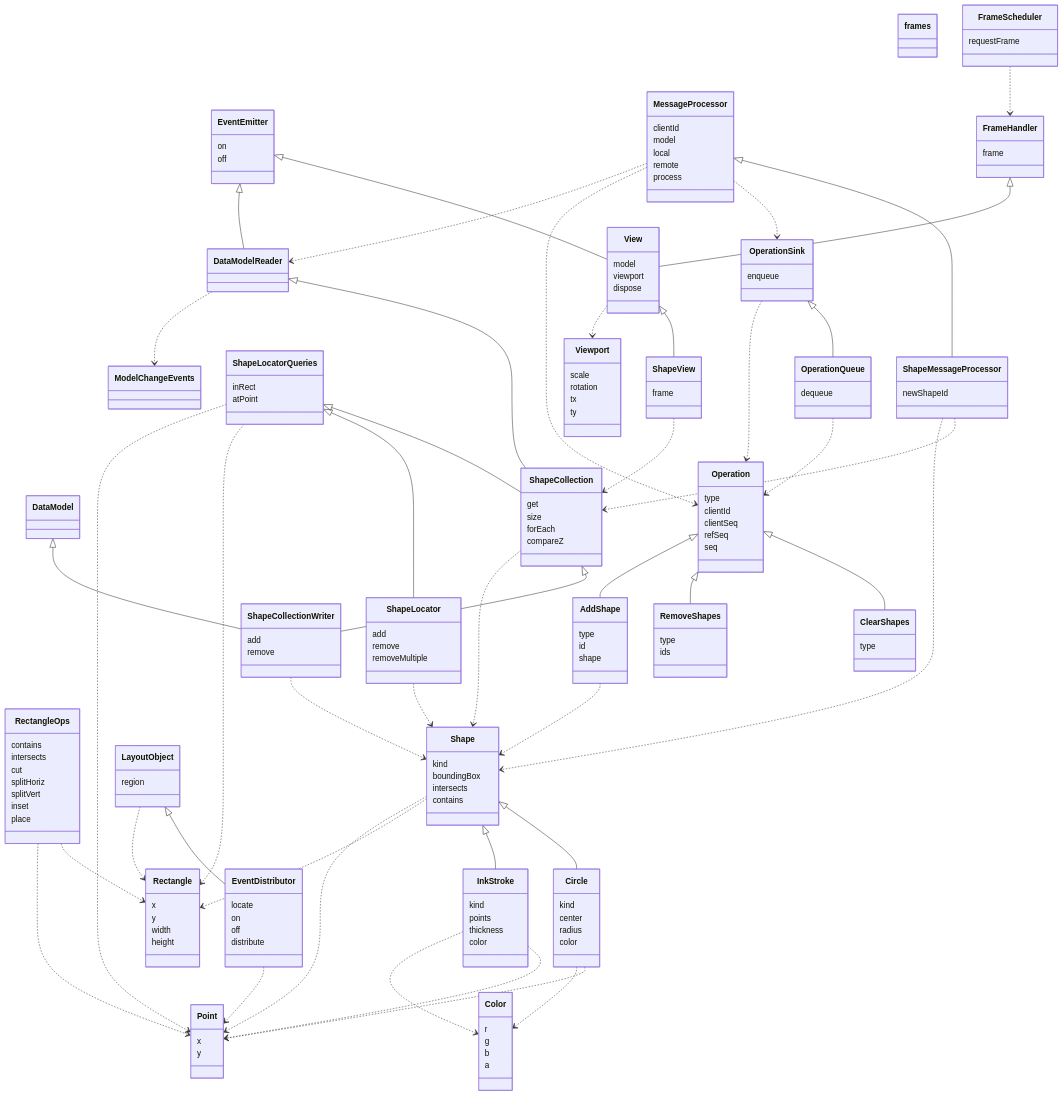
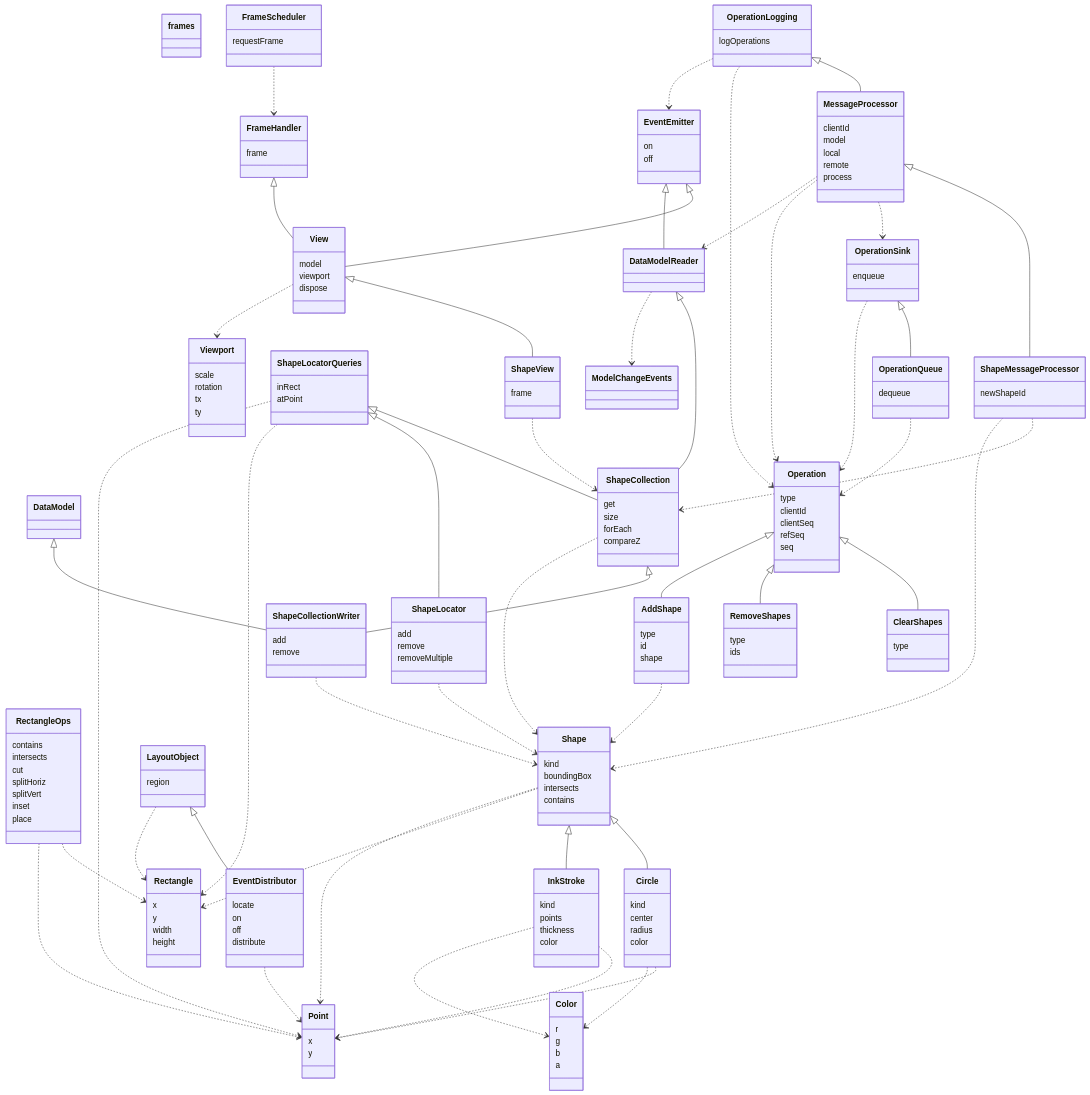
One commit to microsoft/TypeAgent changed the diagram in ts/examples/modular/catalog.md. Above: the diagram before and after it, drawn with Mermaid. The commit also changed other lines of this file and 44 other files, not shown here.

First line of the commit message:
modular: a formal design, compiled rules, the operation log, and the docgent plan

```diff
--- a/ts/examples/modular/catalog.md
+++ b/ts/examples/modular/catalog.md
@@ -89,6 +89,9 @@
   class OperationQueue {
     dequeue
   }
+  class OperationLogging {
+    logOperations
+  }
   class MessageProcessor {
     clientId
     model
@@ -163,6 +166,9 @@
   OperationSink ..> Operation
   OperationSink <|-- OperationQueue
   OperationQueue ..> Operation
+  OperationLogging ..> EventEmitter
+  OperationLogging ..> Operation
+  OperationLogging <|-- MessageProcessor
   MessageProcessor ..> DataModelReader
   MessageProcessor ..> Operation
   MessageProcessor ..> OperationSink
```
